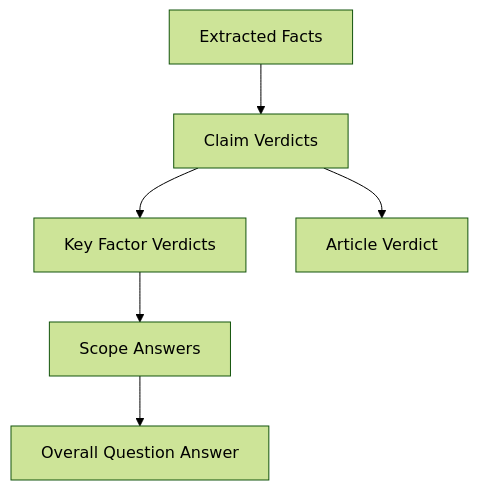
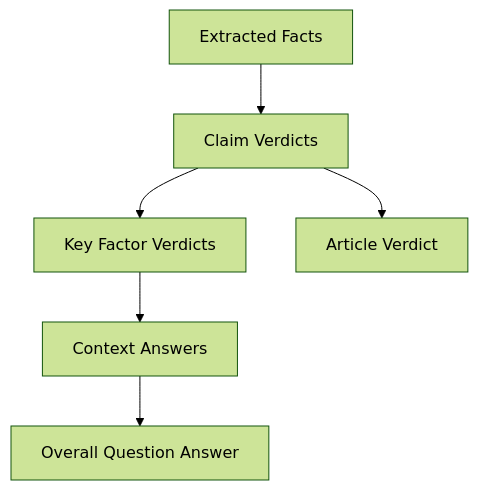
One commit to robertschaub/FactHarbor changed the diagram in Docs/ARCHITECTURE/Calculations.md. Above: the diagram before and after it, drawn with Mermaid (forest theme). The commit also changed other lines of this file and 7 other files, not shown here.

First line of the commit message:
Terminology cleanup: Context vs Scope

````diff
--- a/Docs/ARCHITECTURE/Calculations.md
+++ b/Docs/ARCHITECTURE/Calculations.md
@@ -199,9 +201,9 @@
 ```mermaid
 graph TD
     Facts[Extracted Facts] --> ClaimVerdicts[Claim Verdicts]
     ClaimVerdicts --> KeyFactors[Key Factor Verdicts]
-    KeyFactors --> ScopeAnswers[Scope Answers]
-    ScopeAnswers --> OverallAnswer[Overall Question Answer]
+    KeyFactors --> ContextAnswers[Context Answers]
+    ContextAnswers --> OverallAnswer[Overall Question Answer]
     
     ClaimVerdicts --> ArticleVerdict[Article Verdict]
 ```
````
